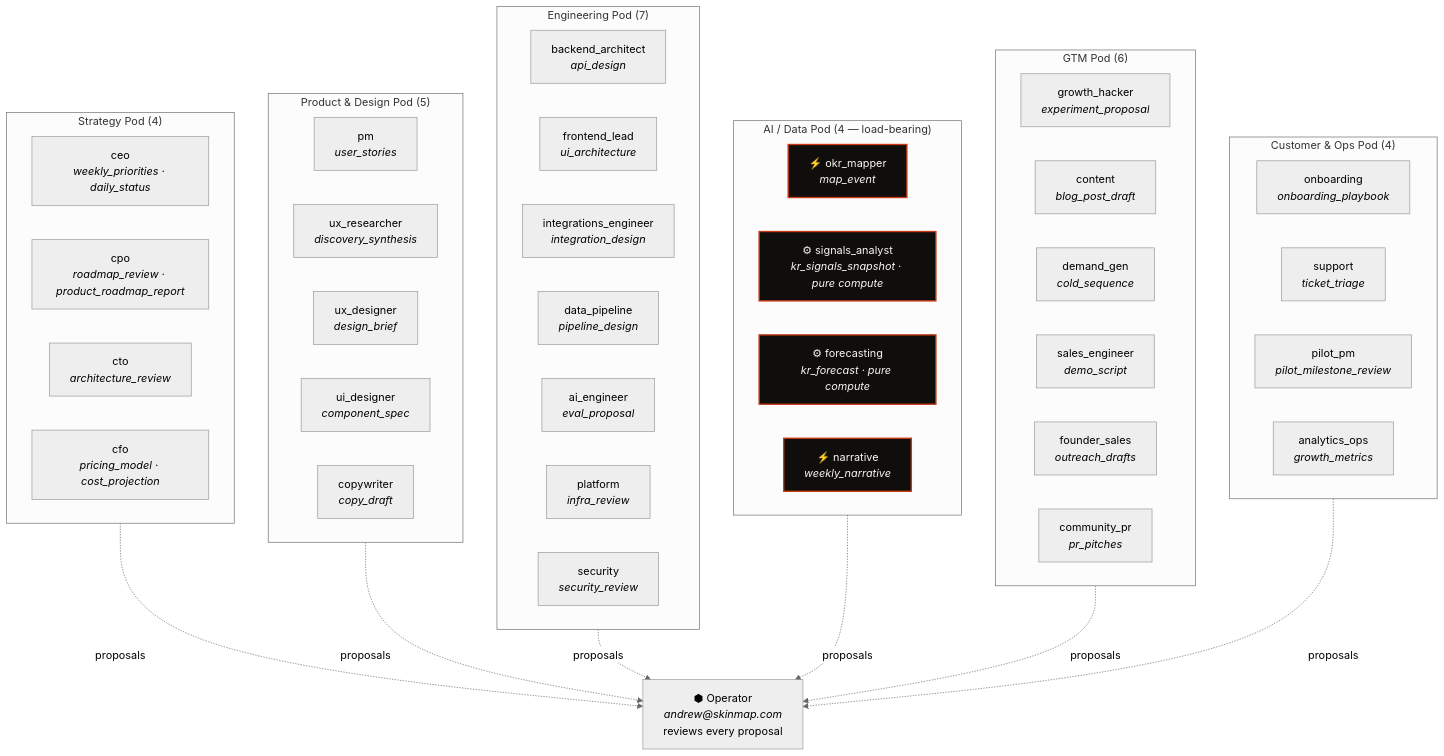
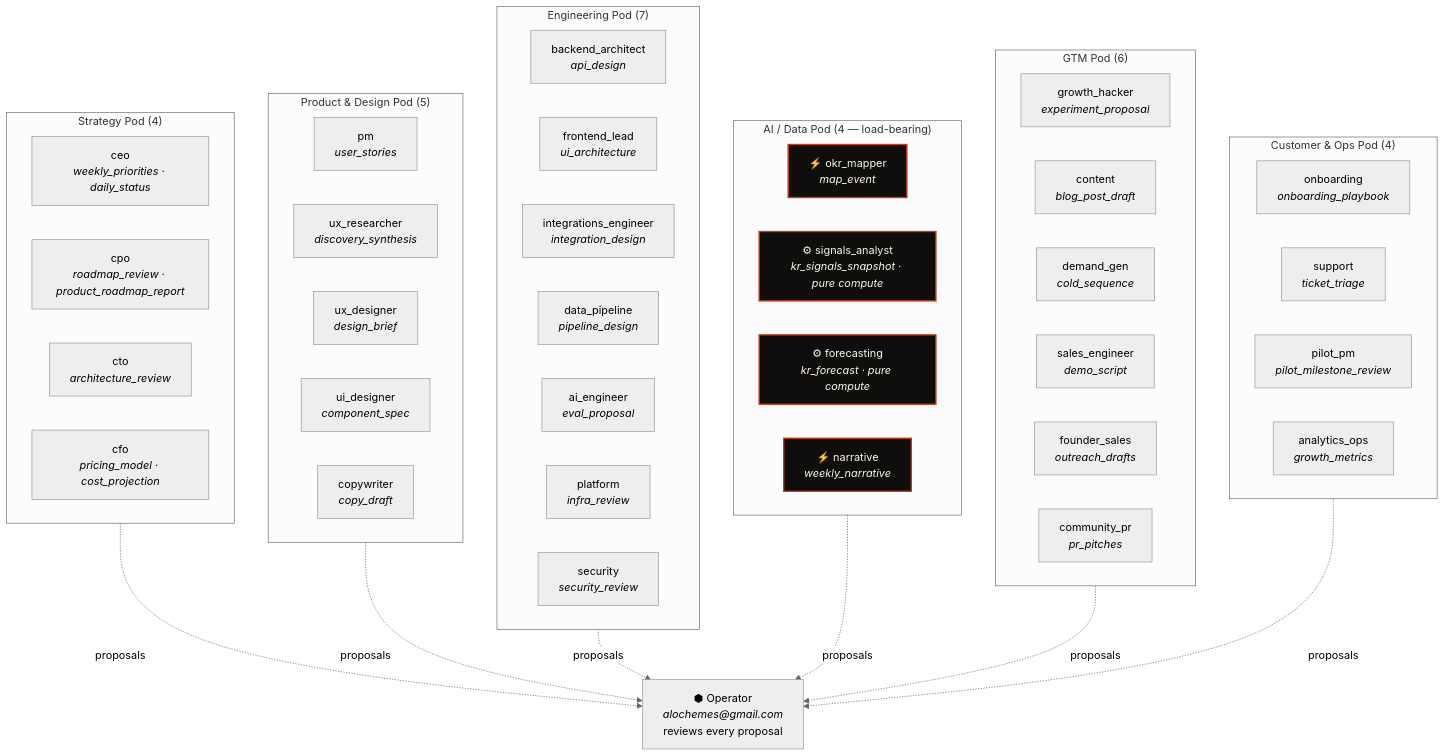
Before and after one commit to alochemes/okr-monitor: the first of 5 diagrams in notion/02_product/03_team_and_workflow_diagrams.md, drawn with Mermaid (neutral theme). The commit also changed 8 other files, not shown here.

First line of the commit message:
Operator contact: andrew@skinmap.com → alochemes@gmail.com

````diff
--- a/notion/02_product/03_team_and_workflow_diagrams.md
+++ b/notion/02_product/03_team_and_workflow_diagrams.md
@@ -13,62 +13,62 @@
 ```mermaid
 graph TD
-    OP["⬢ Operator<br/><i>andrew@skinmap.com</i><br/>reviews every proposal"]
+    OP["⬢ Operator<br/><i>alochemes@gmail.com</i><br/>reviews every proposal"]
 
     subgraph Strategy[" Strategy Pod (4) "]
         CEO["ceo<br/><i>weekly_priorities · daily_status</i>"]
         CPO["cpo<br/><i>roadmap_review · product_roadmap_report</i>"]
         CTO["cto<br/><i>architecture_review</i>"]
         CFO["cfo<br/><i>pricing_model · cost_projection</i>"]
     end
 
     subgraph PD[" Product & Design Pod (5) "]
         PM["pm<br/><i>user_stories</i>"]
         UXR["ux_researcher<br/><i>discovery_synthesis</i>"]
         UXD["ux_designer<br/><i>design_brief</i>"]
         UID["ui_designer<br/><i>component_spec</i>"]
         CW["copywriter<br/><i>copy_draft</i>"]
     end
 
     subgraph ENG[" Engineering Pod (7) "]
         BA["backend_architect<br/><i>api_design</i>"]
         FL["frontend_lead<br/><i>ui_architecture</i>"]
         IE["integrations_engineer<br/><i>integration_design</i>"]
         DP["data_pipeline<br/><i>pipeline_design</i>"]
         AE["ai_engineer<br/><i>eval_proposal</i>"]
         PL["platform<br/><i>infra_review</i>"]
         SEC["security<br/><i>security_review</i>"]
     end
 
     subgraph AID[" AI / Data Pod (4 — load-bearing) "]
         OM["⚡ okr_mapper<br/><i>map_event</i>"]
         SA["⚙ signals_analyst<br/><i>kr_signals_snapshot · pure compute</i>"]
         FC["⚙ forecasting<br/><i>kr_forecast · pure compute</i>"]
         NA["⚡ narrative<br/><i>weekly_narrative</i>"]
     end
 
     subgraph GTM[" GTM Pod (6) "]
         GH["growth_hacker<br/><i>experiment_proposal</i>"]
         CT["content<br/><i>blog_post_draft</i>"]
         DG["demand_gen<br/><i>cold_sequence</i>"]
         SE["sales_engineer<br/><i>demo_script</i>"]
         FS["founder_sales<br/><i>outreach_drafts</i>"]
         CPR["community_pr<br/><i>pr_pitches</i>"]
     end
 
     subgraph CO[" Customer & Ops Pod (4) "]
         OB["onboarding<br/><i>onboarding_playbook</i>"]
         SUP["support<br/><i>ticket_triage</i>"]
         PP["pilot_pm<br/><i>pilot_milestone_review</i>"]
         AO["analytics_ops<br/><i>growth_metrics</i>"]
     end
 
     Strategy -.proposals.-> OP
     PD -.proposals.-> OP
     ENG -.proposals.-> OP
     AID -.proposals.-> OP
     GTM -.proposals.-> OP
     CO -.proposals.-> OP
 
     classDef loadbearing fill:#0F0E0C,color:#FAF7F2,stroke:#C73A14,stroke-width:2px;
     class OM,NA,SA,FC loadbearing;
 ```
````
